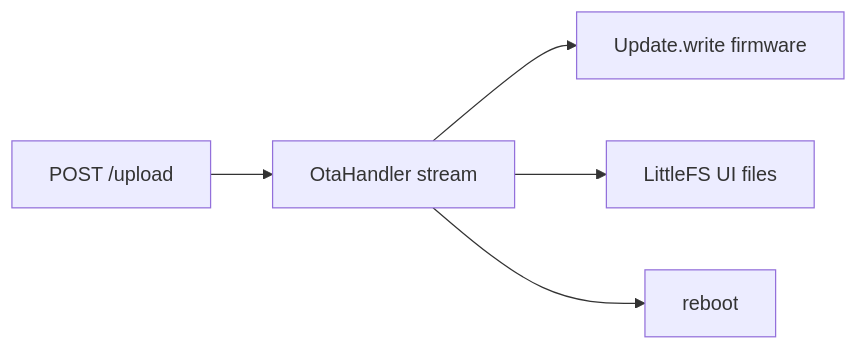
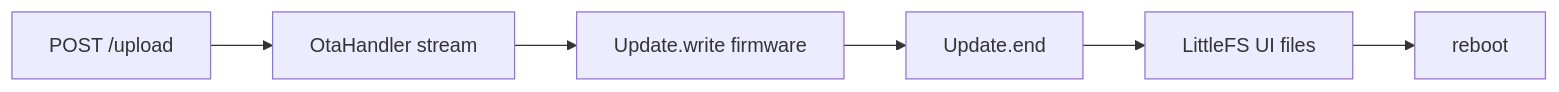
The diagram in docs/modules/ota.md (El-Vasao/AutoStartEspUnit), drawn with Mermaid before and after one commit. The commit also changed other lines of this file and 136 other files, not shown here.

````diff
--- a/docs/modules/ota.md
+++ b/docs/modules/ota.md
@@ -6,7 +6,8 @@
 ```mermaid
 flowchart LR
   Upload[POST /upload] --> Fsm[OtaHandler stream]
   Fsm --> Fw[Update.write firmware]
-  Fsm --> Tail[LittleFS UI files]
-  Fsm --> Reboot[reboot]
+  Fw --> End[Update.end]
+  End --> Tail[LittleFS UI files]
+  Tail --> Reboot[reboot]
 ```
````
